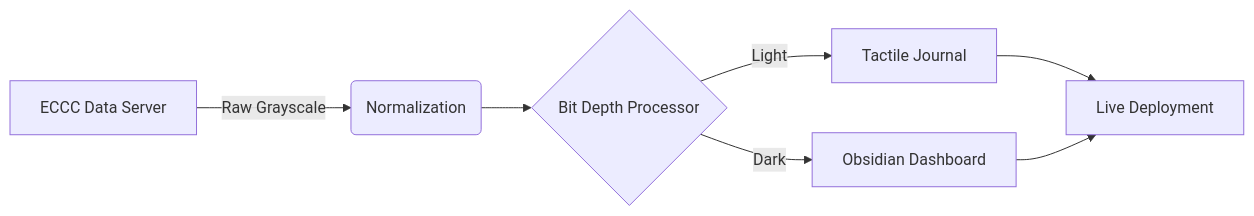
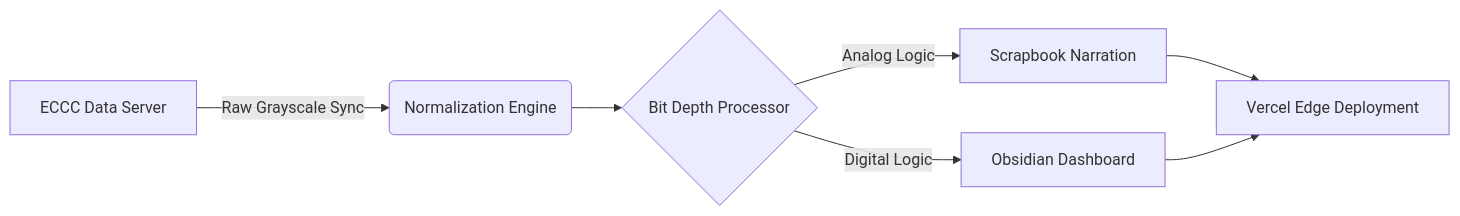
One commit to thaparSAAB14/AtmoLens changed the diagram in README.md. Above: the diagram before and after it, drawn with Mermaid. The commit also changed other lines of this file, not shown here.

````diff
--- a/README.md
+++ b/README.md
@@ -25,8 +35,8 @@
 ```mermaid
 graph LR
-    A[ECCC Data Server] -->|Raw Grayscale| B(Normalization)
+    A[ECCC Data Server] -->|Raw Grayscale Sync| B(Normalization Engine)
     B --> C{Bit Depth Processor}
-    C -->|Light| D[Tactile Journal]
-    C -->|Dark| E[Obsidian Dashboard]
-    D & E --> F[Live Deployment]
+    C -->|Analog Logic| D[Scrapbook Narration]
+    C -->|Digital Logic| E[Obsidian Dashboard]
+    D & E --> F[Vercel Edge Deployment]
 ```
````
